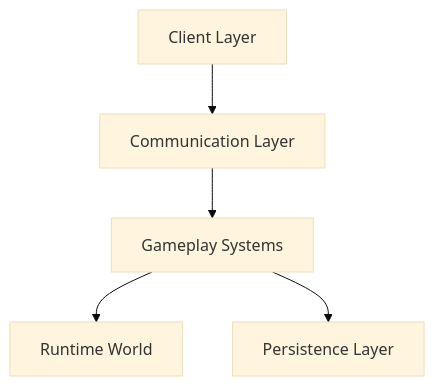
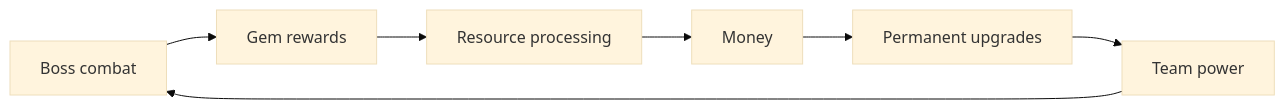
The first of 2 diagrams in README.md (Pval-Dev/Idle-Boss-Fighters), drawn with Mermaid (base theme) before and after one commit. The commit also changed other lines of this file and 8 other files, not shown here.

````diff
--- a/README.md
+++ b/README.md
@@ -61,21 +26,9 @@
 ```mermaid
-flowchart TD
-
-Client["Client Layer"]
-
-Network["Communication Layer"]
-
-Server["Gameplay Systems"]
-
-World["Runtime World"]
-
-Persistence["Persistence Layer"]
-
-Client --> Network
-
-Network --> Server
-
-Server --> World
-
-Server --> Persistence
+flowchart LR
+    Combat["Boss combat"] --> Rewards["Gem rewards"]
+    Rewards --> Processor["Resource processing"]
+    Processor --> Currency["Money"]
+    Currency --> Upgrades["Permanent upgrades"]
+    Upgrades --> Power["Team power"]
+    Power --> Combat
 ```
````
